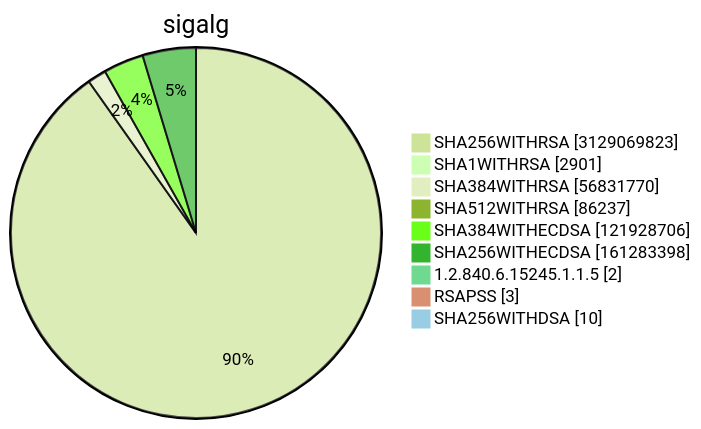
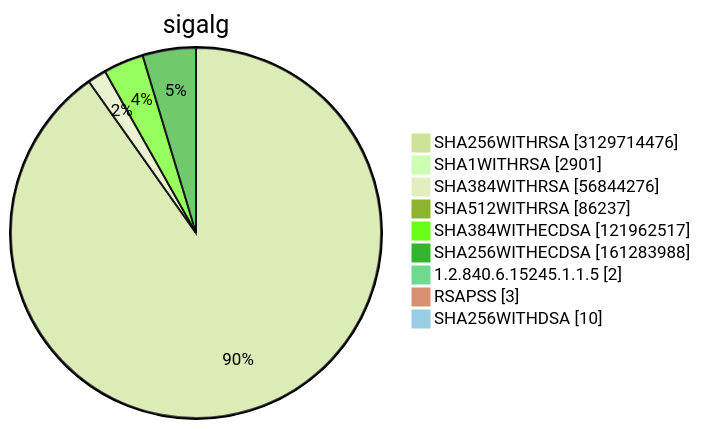
One commit to christiankrug/ctmonitor_visualization changed diagram 15 of 15 in TOTAL/README.md. Above: the diagram before and after it, drawn with Mermaid (forest theme). The commit also changed other lines of this file, not shown here.

````diff
--- a/TOTAL/README.md
+++ b/TOTAL/README.md
@@ -6212,13 +6212,13 @@
 ```mermaid
 pie showData
 title sigalg
-"SHA256WITHRSA" :3129069823
+"SHA256WITHRSA" :3129714476
 "SHA1WITHRSA" :2901
-"SHA384WITHRSA" :56831770
+"SHA384WITHRSA" :56844276
 "SHA512WITHRSA" :86237
-"SHA384WITHECDSA" :121928706
-"SHA256WITHECDSA" :161283398
+"SHA384WITHECDSA" :121962517
+"SHA256WITHECDSA" :161283988
 "1.2.840.6.15245.1.1.5" :2
 "RSAPSS" :3
 "SHA256WITHDSA" :10
 ```
````
